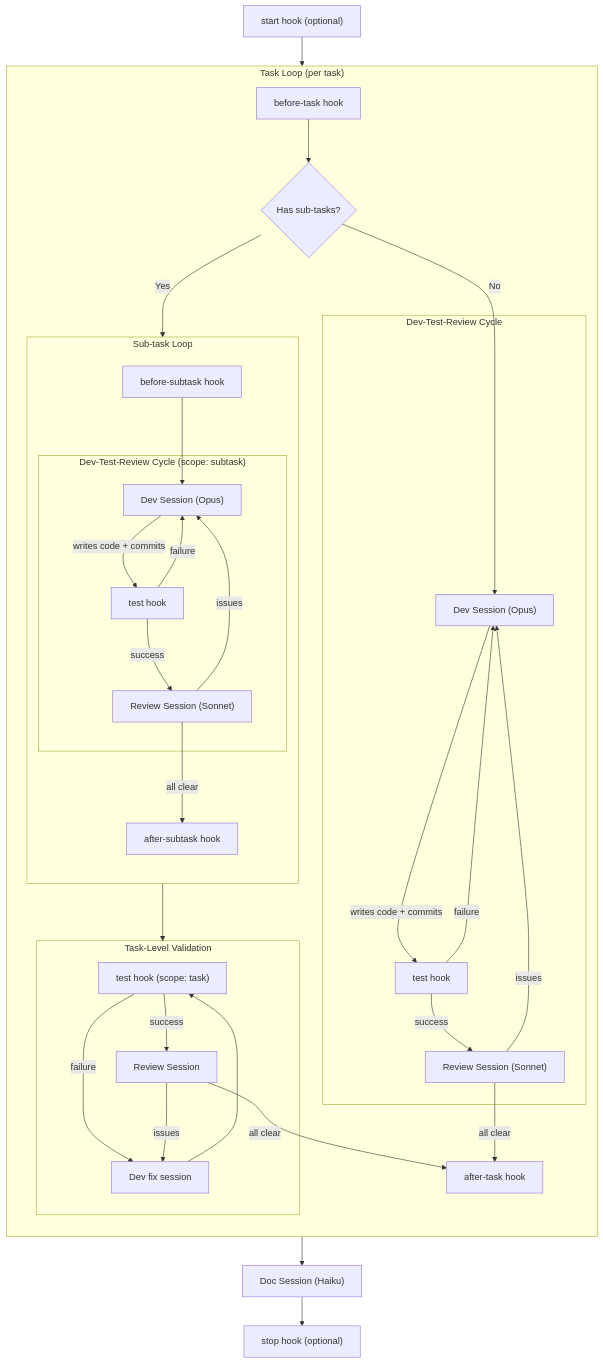
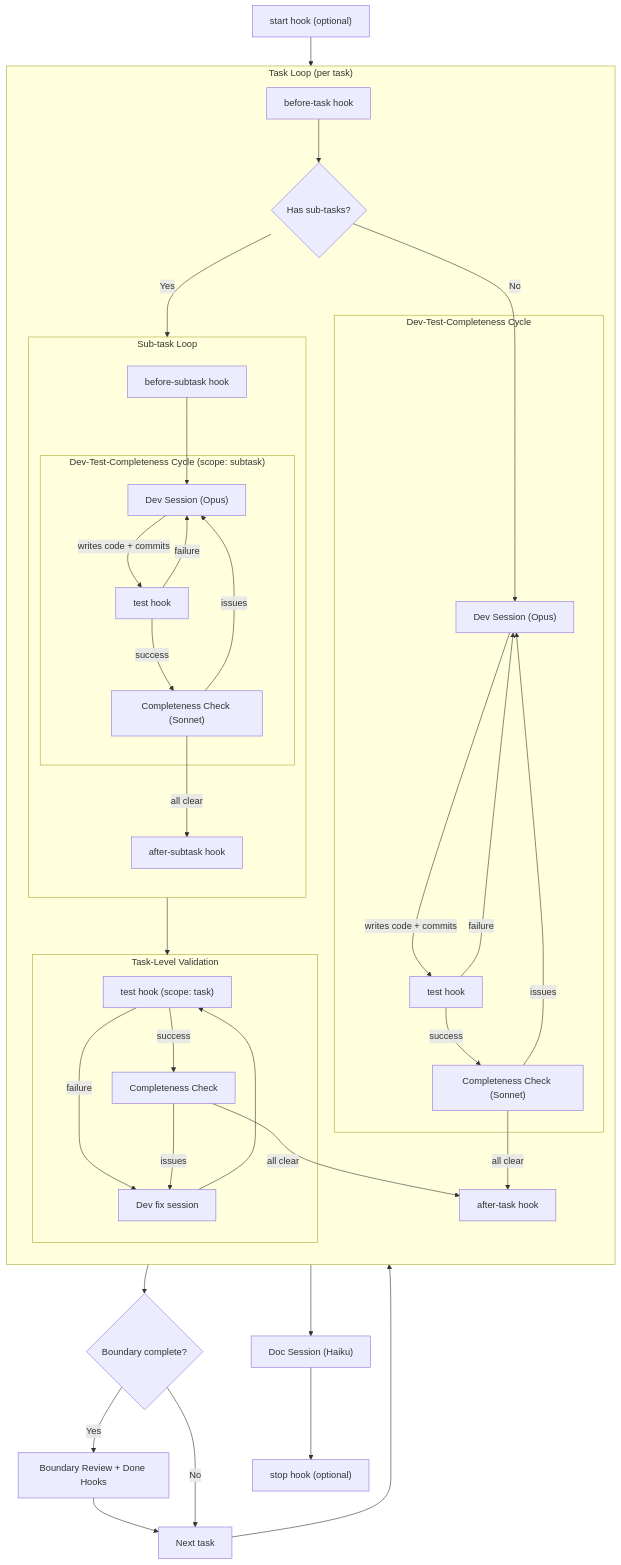
The diagram in README.md (MolcajeteAI/molcajete), drawn with Mermaid before and after one commit. The commit also changed other lines of this file and 14 other files, not shown here.

First line of the commit message:
Adds boundary review and done hooks

````diff
--- a/README.md
+++ b/README.md
@@ -143,46 +152,52 @@
 ```mermaid
 flowchart TD
     S["start hook (optional)"] --> LOOP
 
     subgraph LOOP ["Task Loop (per task)"]
         direction TB
         BT["before-task hook"] --> CHECK{"Has sub-tasks?"}
 
         CHECK -->|"No"| DEV
 
-        subgraph cycle ["Dev-Test-Review Cycle"]
+        subgraph cycle ["Dev-Test-Completeness Cycle"]
             DEV["Dev Session (Opus)"] -->|"writes code + commits"| TEST
             TEST["test hook"] -->|"failure"| DEV
-            TEST -->|"success"| REVIEW
-            REVIEW["Review Session (Sonnet)"] -->|"issues"| DEV
+            TEST -->|"success"| COMP
+            COMP["Completeness Check (Sonnet)"] -->|"issues"| DEV
         end
 
         CHECK -->|"Yes"| SUBTASKS
 
         subgraph SUBTASKS ["Sub-task Loop"]
             direction TB
             BST["before-subtask hook"] --> SDEV
-            subgraph subcycle ["Dev-Test-Review Cycle (scope: subtask)"]
+            subgraph subcycle ["Dev-Test-Completeness Cycle (scope: subtask)"]
                 SDEV["Dev Session (Opus)"] -->|"writes code + commits"| STEST
                 STEST["test hook"] -->|"failure"| SDEV
-                STEST -->|"success"| SREVIEW
-                SREVIEW["Review Session (Sonnet)"] -->|"issues"| SDEV
+                STEST -->|"success"| SCOMP
+                SCOMP["Completeness Check (Sonnet)"] -->|"issues"| SDEV
             end
-            SREVIEW -->|"all clear"| AST["after-subtask hook"]
+            SCOMP -->|"all clear"| AST["after-subtask hook"]
         end
 
         SUBTASKS --> TVAL
 
         subgraph TVAL ["Task-Level Validation"]
-            TTEST["test hook (scope: task)"] -->|"success"| TREVIEW["Review Session"]
+            TTEST["test hook (scope: task)"] -->|"success"| TCOMP["Completeness Check"]
             TTEST -->|"failure"| TFIX["Dev fix session"] --> TTEST
-            TREVIEW -->|"issues"| TFIX
+            TCOMP -->|"issues"| TFIX
         end
 
-        REVIEW -->|"all clear"| AT["after-task hook"]
-        TREVIEW -->|"all clear"| AT
+        COMP -->|"all clear"| AT["after-task hook"]
+        TCOMP -->|"all clear"| AT
     end
+
+    AT --> DONE{"Boundary complete?"}
+    DONE -->|"Yes"| BOUNDARY["Boundary Review + Done Hooks"]
+    DONE -->|"No"| NEXT["Next task"]
+    BOUNDARY --> NEXT
+    NEXT --> LOOP
 
     LOOP --> DOC["Doc Session (Haiku)"]
     DOC --> STOP["stop hook (optional)"]
 ```
````
